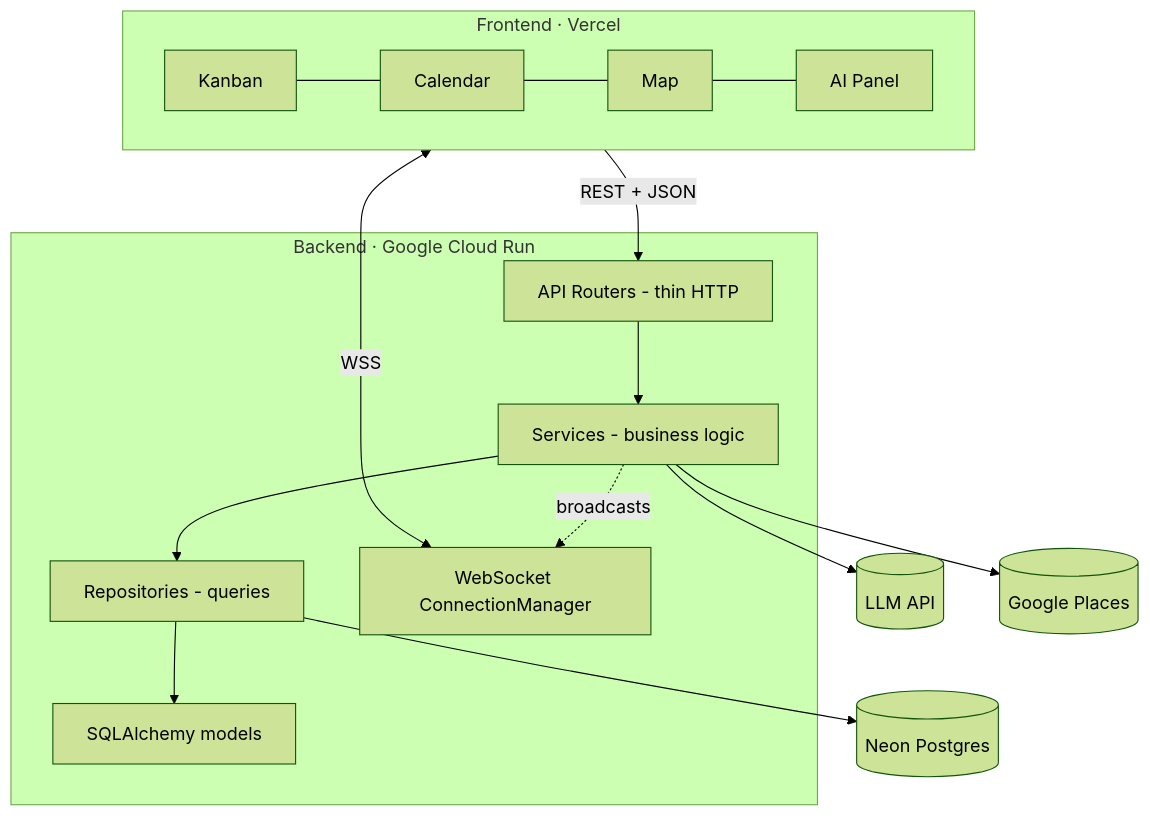
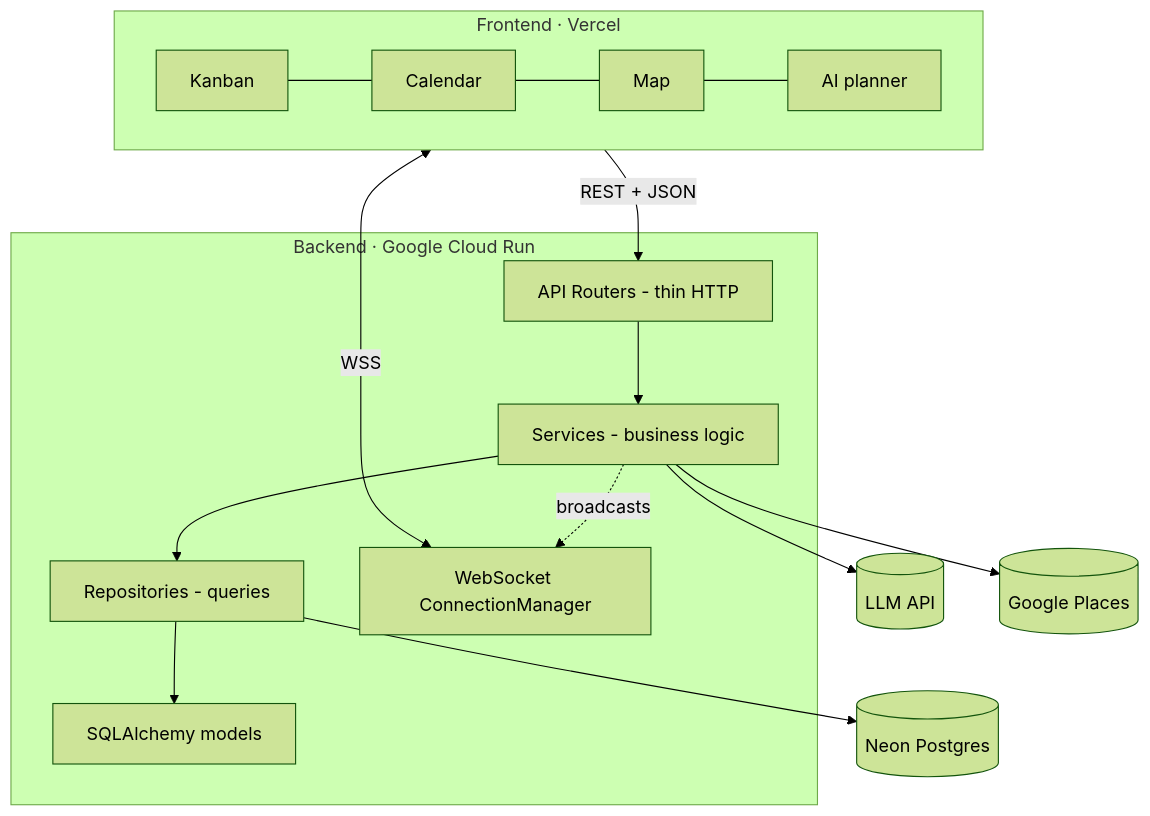
The diagram in README.md (maplekimchii/TripScape-public), drawn with Mermaid (forest theme) before and after one commit. The commit also changed other lines of this file, not shown here.

Commit message:
docs: refresh README for time-grid calendar, Google Maps, membership, AI scheduling

````diff
--- a/README.md
+++ b/README.md
@@ -61,23 +61,23 @@
 ```mermaid
 flowchart TB
   subgraph client["Frontend · Vercel"]
-    K[Kanban] --- C[Calendar] --- M[Map] --- AI[AI Panel]
+    K[Kanban] --- C[Calendar] --- M[Map] --- AI[AI planner]
   end
 
   subgraph api["Backend · Google Cloud Run"]
     R[API Routers - thin HTTP] --> S[Services - business logic]
     S --> Repo[Repositories - queries]
     Repo --> Mdl[SQLAlchemy models]
     S -. broadcasts .-> WS[WebSocket ConnectionManager]
   end
 
   DB[(Neon Postgres)]
   LLM[(LLM API)]
   Places[(Google Places)]
 
   client -->|REST + JSON| R
   client <-->|WSS| WS
   S --> LLM
   S --> Places
   Repo --> DB
 ```
````
